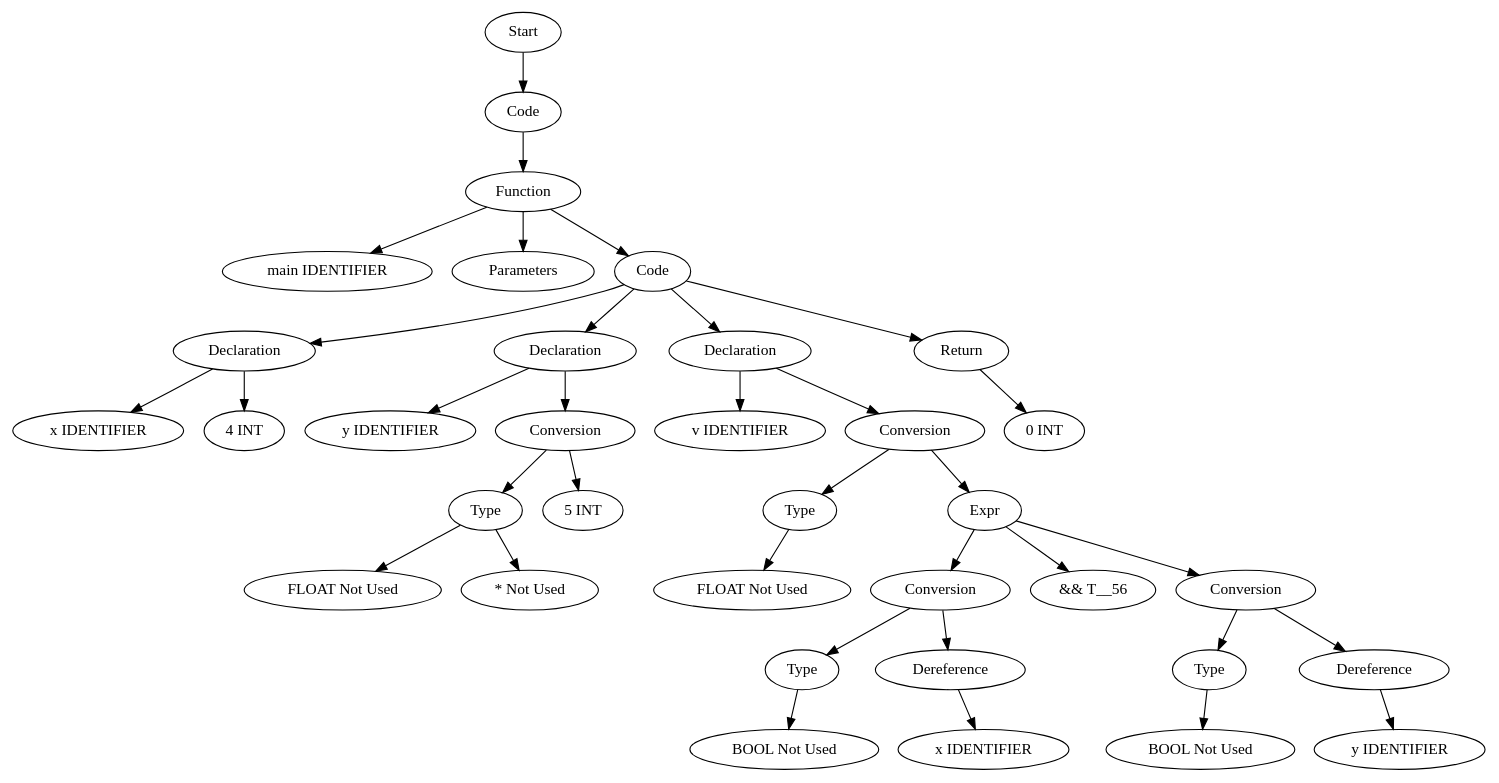
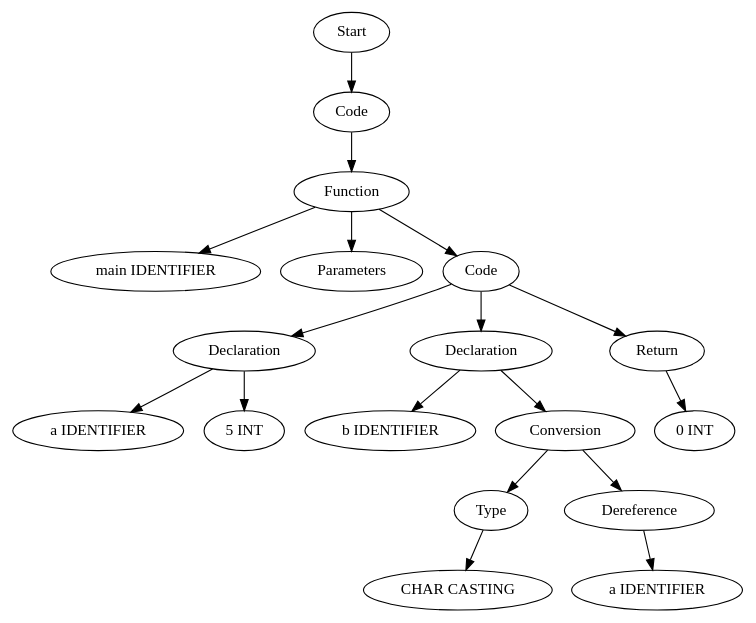
One commit to Are-you-listening/Compilers changed the diagram in TestCases/ASTTests/ConversionTests/createTests/read_file_after.dot. Above: the diagram before and after it, drawn with Graphviz. The commit also changed 316 other files, not shown here.

```diff
--- a/TestCases/ASTTests/ConversionTests/createTests/read_file_after.dot
+++ b/TestCases/ASTTests/ConversionTests/createTests/read_file_after.dot
@@ -1,71 +1,37 @@
 digraph AST {
-  "125229346211056" [label="Start"];
-  "125229346211056" -> "125229346215232";
-  "125229346215232" [label="Code"];
-  "125229346215232" -> "125229346217248";
-  "125229346217248" [label="Function"];
-  "125229346217248" -> "125229346213840";
-  "125229346217248" -> "125229346216768";
-  "125229346217248" -> "125229346215424";
-  "125229346213840" [label="main IDENTIFIER"];
-  "125229346216768" [label="Parameters"];
-  "125229346215424" [label="Code"];
-  "125229346215424" -> "125229346214032";
-  "125229346215424" -> "125229346215568";
-  "125229346215424" -> "125229346212112";
-  "125229346215424" -> "125229346224880";
-  "125229346214032" [label="Declaration"];
-  "125229346214032" -> "125229346215760";
-  "125229346214032" -> "125229346214464";
-  "125229346215760" [label="x IDENTIFIER"];
-  "125229346214464" [label="4 INT"];
-  "125229346215568" [label="Declaration"];
-  "125229346215568" -> "125229346214704";
-  "125229346215568" -> "125229346216480";
-  "125229346214704" [label="y IDENTIFIER"];
-  "125229346216480" [label="Conversion"];
-  "125229346216480" -> "125229346225456";
-  "125229346216480" -> "125229346222432";
-  "125229346225456" [label="Type"];
-  "125229346225456" -> "125229346223440";
-  "125229346225456" -> "125229346222576";
-  "125229346223440" [label="FLOAT Not Used"];
-  "125229346222576" [label="* Not Used"];
-  "125229346222432" [label="5 INT"];
-  "125229346212112" [label="Declaration"];
-  "125229346212112" -> "125229346210480";
-  "125229346212112" -> "125229346210048";
-  "125229346210480" [label="v IDENTIFIER"];
-  "125229346210048" [label="Conversion"];
-  "125229346210048" -> "125229346209904";
-  "125229346210048" -> "125229346220320";
-  "125229346209904" [label="Type"];
-  "125229346209904" -> "125229346212496";
-  "125229346212496" [label="FLOAT Not Used"];
-  "125229346220320" [label="Expr"];
-  "125229346220320" -> "125229346224976";
-  "125229346220320" -> "125229346223392";
-  "125229346220320" -> "125229346223200";
-  "125229346224976" [label="Conversion"];
-  "125229346224976" -> "125229346210864";
-  "125229346224976" -> "125229346222480";
-  "125229346210864" [label="Type"];
-  "125229346210864" -> "125229346224784";
-  "125229346224784" [label="BOOL Not Used"];
-  "125229346222480" [label="Dereference"];
-  "125229346222480" -> "125229346211296";
-  "125229346211296" [label="x IDENTIFIER"];
-  "125229346223392" [label="&& T__56"];
-  "125229346223200" [label="Conversion"];
-  "125229346223200" -> "125229346222000";
-  "125229346223200" -> "125229346212016";
-  "125229346222000" [label="Type"];
-  "125229346222000" -> "125229346225072";
-  "125229346225072" [label="BOOL Not Used"];
-  "125229346212016" [label="Dereference"];
-  "125229346212016" -> "125229346212928";
-  "125229346212928" [label="y IDENTIFIER"];
-  "125229346224880" [label="Return"];
-  "125229346224880" -> "125229346220368";
-  "125229346220368" [label="0 INT"];
+  "134056565432208" [label="Start"];
+  "134056565432208" -> "134056565426352";
+  "134056565426352" [label="Code"];
+  "134056565426352" -> "134056565430624";
+  "134056565430624" [label="Function"];
+  "134056565430624" -> "134056565425824";
+  "134056565430624" -> "134056565435280";
+  "134056565430624" -> "134056565435424";
+  "134056565425824" [label="main IDENTIFIER"];
+  "134056565435280" [label="Parameters"];
+  "134056565435424" [label="Code"];
+  "134056565435424" -> "134056565435616";
+  "134056565435424" -> "134056565436048";
+  "134056565435424" -> "134056565436912";
+  "134056565435616" [label="Declaration"];
+  "134056565435616" -> "134056565435808";
+  "134056565435616" -> "134056565435952";
+  "134056565435808" [label="a IDENTIFIER"];
+  "134056565435952" [label="5 INT"];
+  "134056565436048" [label="Declaration"];
+  "134056565436048" -> "134056565436240";
+  "134056565436048" -> "134056565436384";
+  "134056565436240" [label="b IDENTIFIER"];
+  "134056565436384" [label="Conversion"];
+  "134056565436384" -> "134056565436576";
+  "134056565436384" -> "134056565436864";
+  "134056565436576" [label="Type"];
+  "134056565436576" -> "134056565436768";
+  "134056565436768" [label="CHAR CASTING"];
+  "134056565436864" [label="Dereference"];
+  "134056565436864" -> "134056565437056";
+  "134056565437056" [label="a IDENTIFIER"];
+  "134056565436912" [label="Return"];
+  "134056565436912" -> "134056565437248";
+  "134056565437248" [label="0 INT"];
 }
```
